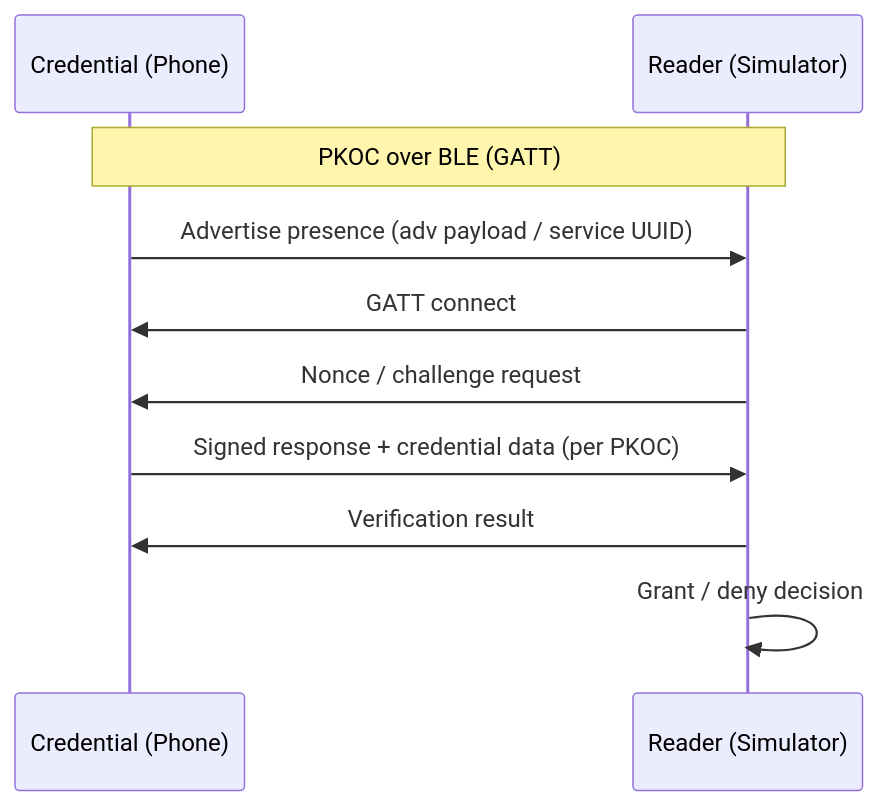
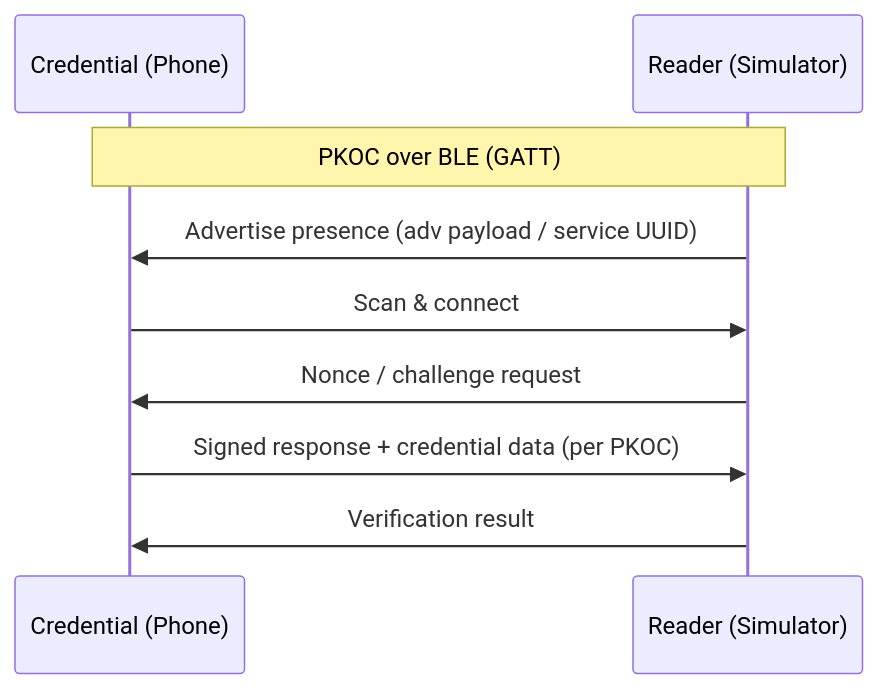
One commit to psialliance-org/com-psia-pkoc changed the first of 3 diagrams in README.md. Above: the diagram before and after it, drawn with Mermaid. The commit also changed other lines of this file, not shown here.

````diff
--- a/README.md
+++ b/README.md
@@ -94,12 +96,11 @@
 ```mermaid
 sequenceDiagram
     participant C as Credential (Phone)
     participant R as Reader (Simulator)
     Note over C,R: PKOC over BLE (GATT)
-    C->>R: Advertise presence (adv payload / service UUID)
-    R->>C: GATT connect
+    R->>C: Advertise presence (adv payload / service UUID)
+    C->>R: Scan & connect
     R->>C: Nonce / challenge request
     C->>R: Signed response + credential data (per PKOC)
     R->>C: Verification result
-    R->>R: Grant / deny decision
 ```
````
